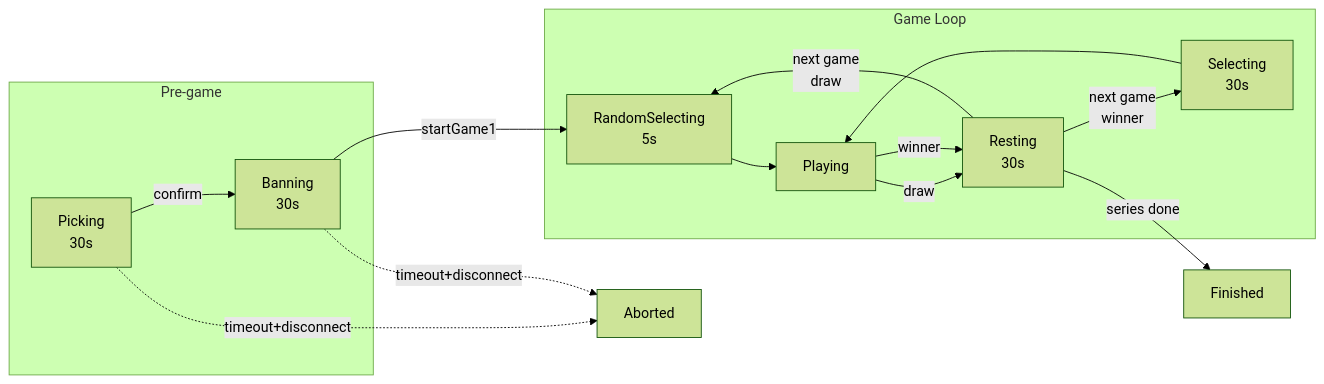
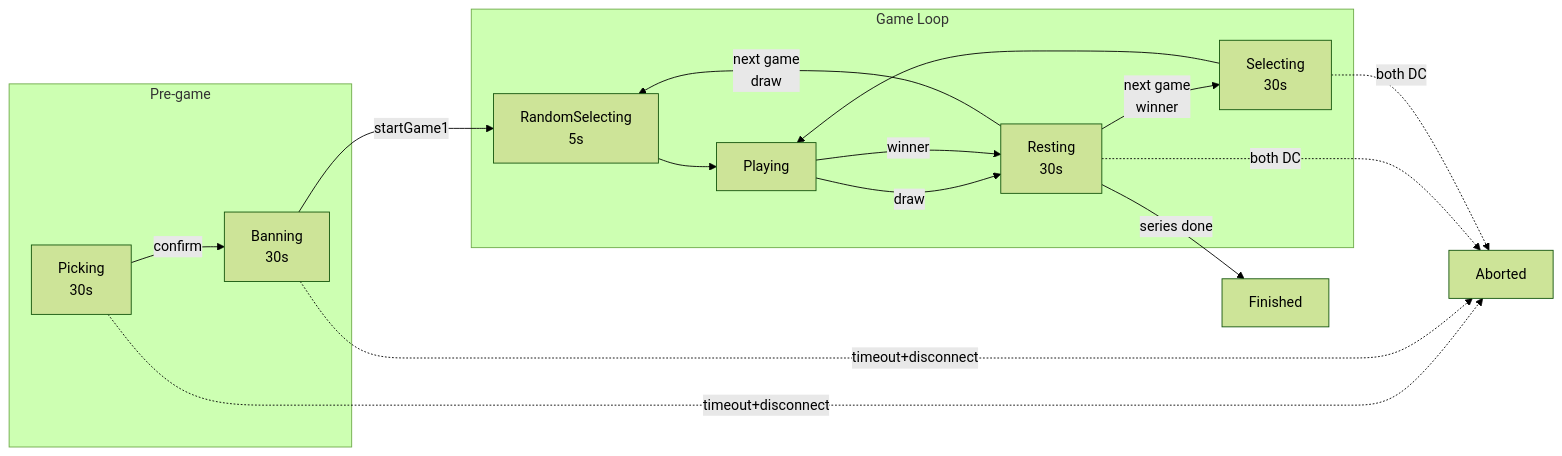
One commit to Ootzk/chess-opening-duel changed the diagram in CLAUDE.md. Above: the diagram before and after it, drawn with Mermaid (forest theme). The commit also changed other lines of this file and 5 other files, not shown here.

````diff
--- a/CLAUDE.md
+++ b/CLAUDE.md
@@ -39,21 +39,23 @@
 ```mermaid
 flowchart LR
     subgraph Pre["Pre-game"]
         PICK[Picking<br/>30s] -->|confirm| BAN[Banning<br/>30s]
     end
 
     subgraph Game["Game Loop"]
         RS[RandomSelecting<br/>5s] --> PLAY[Playing]
         PLAY -->|draw| REST[Resting<br/>30s]
         PLAY -->|winner| REST
         REST -->|next game<br/>draw| RS
         REST -->|next game<br/>winner| SEL[Selecting<br/>30s]
         SEL --> PLAY
     end
 
     BAN -->|startGame1| RS
     REST -->|series done| FIN[Finished]
 
     PICK -.->|timeout+disconnect| ABORT[Aborted]
     BAN -.->|timeout+disconnect| ABORT
+    REST -.->|both DC| ABORT
+    SEL -.->|both DC| ABORT
 ```
````
